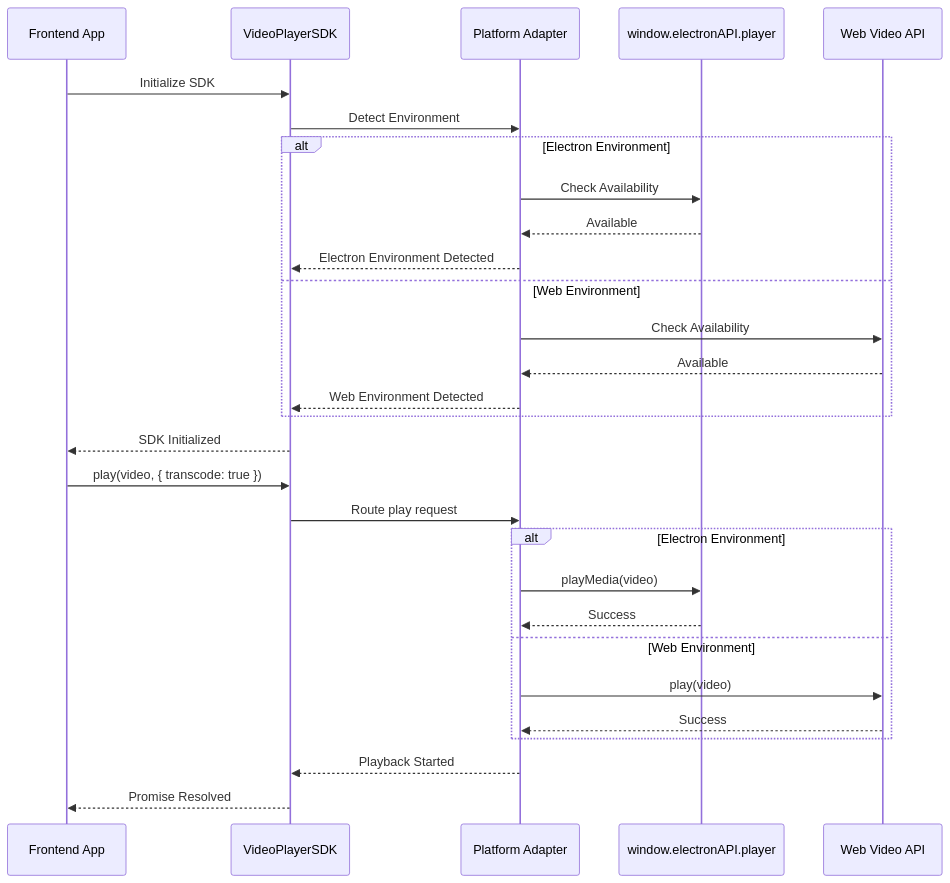
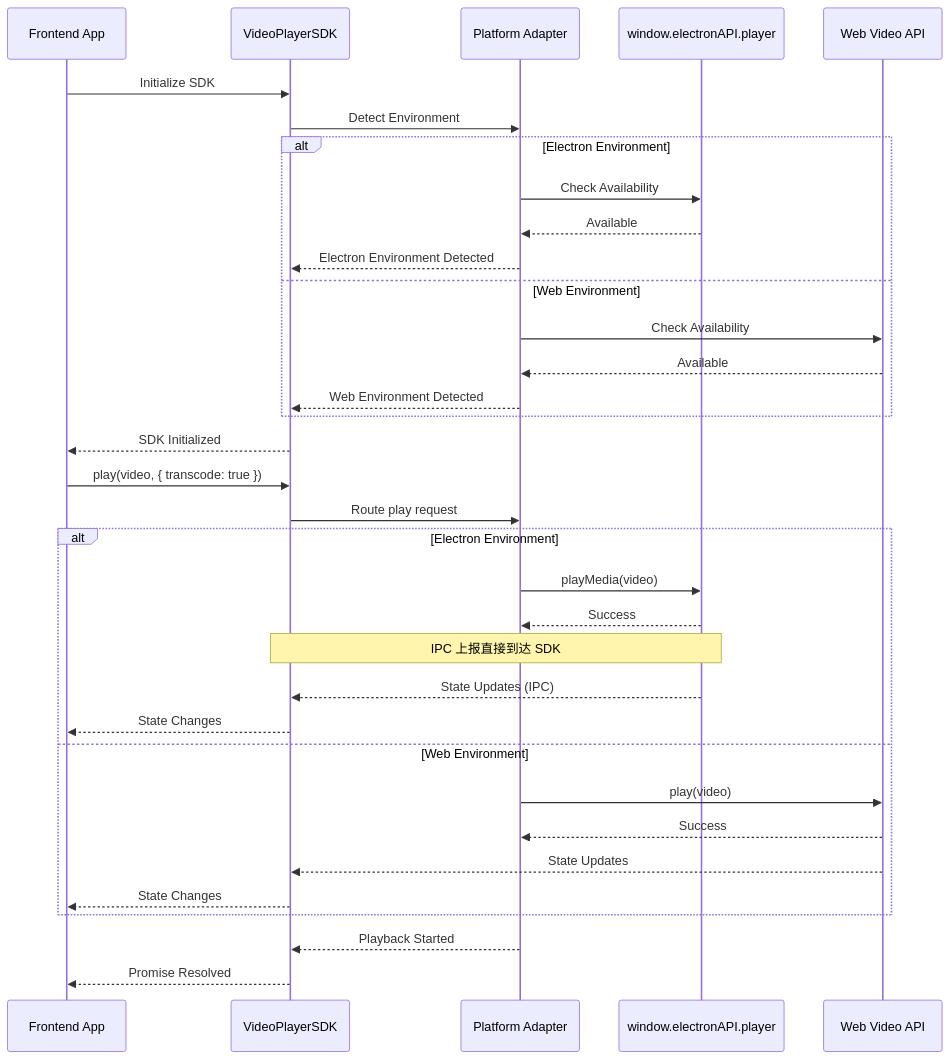
The tenth of 12 diagrams in docs/architecture/ARCHITECTURE.md (Lucas-lgm/lumiere), drawn with Mermaid before and after one commit. The commit also changed other lines of this file, not shown here.

Commit message:
docs(architecture): 更新架构文档中的通信流程图
更新架构文档中的流程图，反映UI状态与SDK之间的直接交互关系，并添加Web环境下的状态更新流程

````diff
--- a/docs/architecture/ARCHITECTURE.md
+++ b/docs/architecture/ARCHITECTURE.md
@@ -580,33 +581,40 @@
 ```mermaid
 sequenceDiagram
     participant App as Frontend App
     participant SDK as VideoPlayerSDK
     participant Platform as Platform Adapter
     participant ElectronAPI as window.electronAPI.player
     participant WebAPI as Web Video API
 
     App->>SDK: Initialize SDK
     SDK->>Platform: Detect Environment
     alt Electron Environment
         Platform->>ElectronAPI: Check Availability
         ElectronAPI-->>Platform: Available
         Platform-->>SDK: Electron Environment Detected
     else Web Environment
         Platform->>WebAPI: Check Availability
         WebAPI-->>Platform: Available
         Platform-->>SDK: Web Environment Detected
     end
     SDK-->>App: SDK Initialized
     
     App->>SDK: play(video, { transcode: true })
     SDK->>Platform: Route play request
     alt Electron Environment
         Platform->>ElectronAPI: playMedia(video)
         ElectronAPI-->>Platform: Success
+        
+        note over ElectronAPI,SDK: IPC 上报直接到达 SDK
+        ElectronAPI-->>SDK: State Updates (IPC)
+        SDK-->>App: State Changes
     else Web Environment
         Platform->>WebAPI: play(video)
         WebAPI-->>Platform: Success
+        
+        WebAPI-->>SDK: State Updates
+        SDK-->>App: State Changes
     end
     Platform-->>SDK: Playback Started
     SDK-->>App: Promise Resolved
 ```
````
